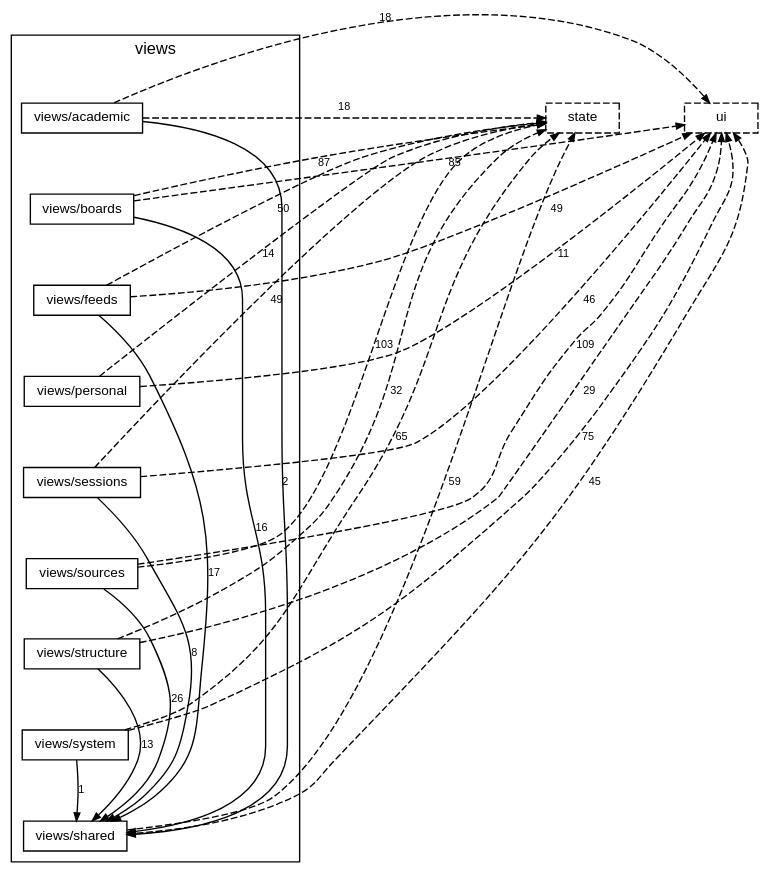
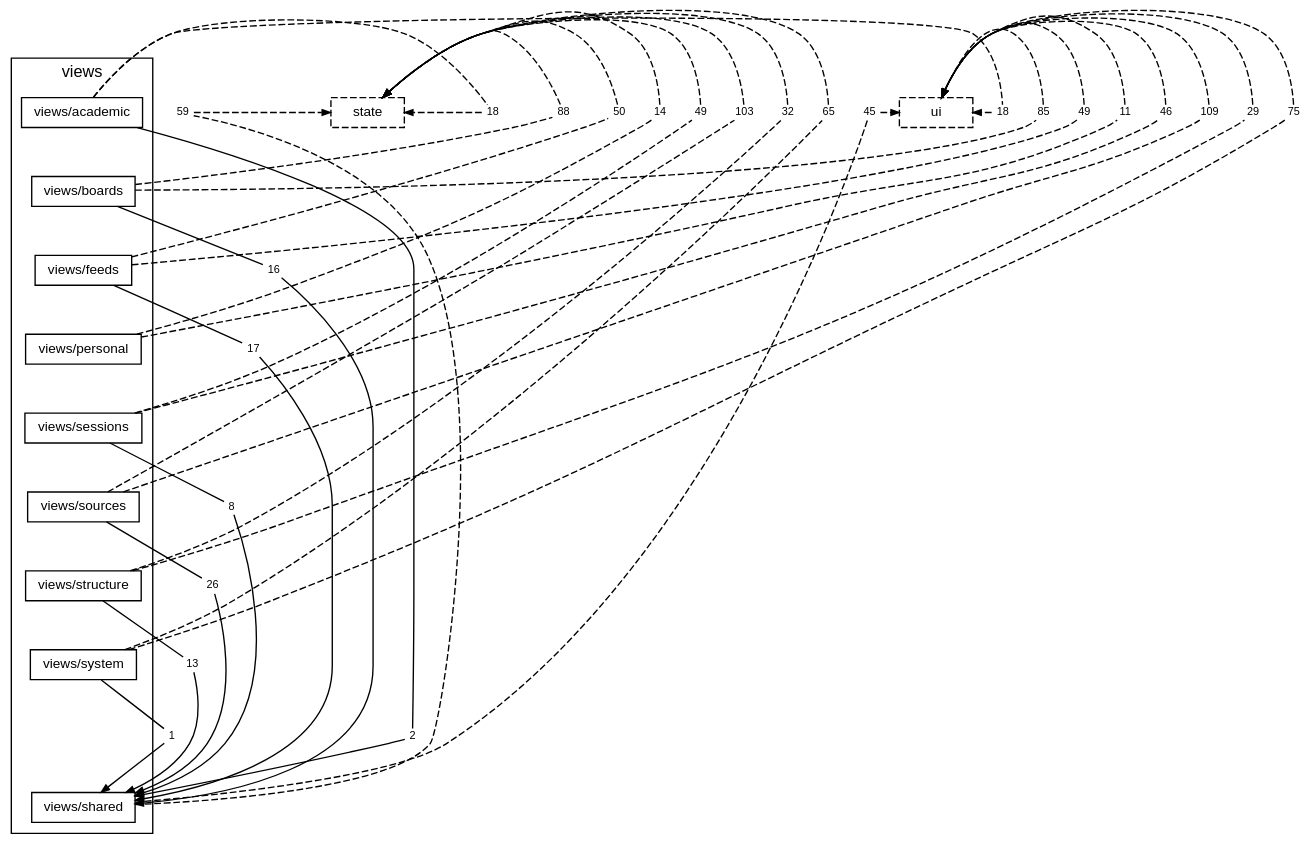
One commit to TheAxeC/oculus changed the diagram in docs/diagrams/layer-views.dot. Above: the diagram before and after it, drawn with Graphviz. The commit also changed 433 other files, not shown here.

```diff
--- a/docs/diagrams/layer-views.dot
+++ b/docs/diagrams/layer-views.dot
@@ -1,52 +1,102 @@
 digraph layer_views {
     graph [bgcolor="transparent", rankdir=TB, newrank=true, fontname="Helvetica,Arial,sans-serif", fontsize=12, nodesep=0.2, ranksep=0.5];
     node [shape=box, color="black", fontcolor="black", fontname="Helvetica,Arial,sans-serif", fontsize=10, height=0.3, margin="0.12,0.04"];
     edge [color="black", fontcolor="black", fontname="Helvetica,Arial,sans-serif", fontsize=8, arrowsize=0.6];
     subgraph "cluster_views" {
         label="views"; style=solid;
         "folder views/academic" [label="views/academic"];
         "folder views/boards" [label="views/boards"];
         "folder views/feeds" [label="views/feeds"];
         "folder views/personal" [label="views/personal"];
         "folder views/sessions" [label="views/sessions"];
         "folder views/sources" [label="views/sources"];
         "folder views/structure" [label="views/structure"];
         "folder views/system" [label="views/system"];
         "folder views/shared" [label="views/shared"];
     }
     "layer state" [label="state", style=dashed];
     "layer ui" [label="ui", style=dashed];
     "folder views/academic" -> "folder views/boards" [style=invis, weight=10];
     "folder views/boards" -> "folder views/feeds" [style=invis, weight=10];
     "folder views/feeds" -> "folder views/personal" [style=invis, weight=10];
     "folder views/personal" -> "folder views/sessions" [style=invis, weight=10];
     "folder views/sessions" -> "folder views/sources" [style=invis, weight=10];
     "folder views/sources" -> "folder views/structure" [style=invis, weight=10];
     "folder views/structure" -> "folder views/system" [style=invis, weight=10];
     "folder views/system" -> "folder views/shared" [style=invis, weight=10];
-    "folder views/academic" -> "folder views/shared" [label="2"];
-    "folder views/academic" -> "layer state" [label="18", style=dashed, constraint=false];
-    "folder views/academic" -> "layer ui" [label="18", style=dashed, constraint=false];
-    "folder views/boards" -> "folder views/shared" [label="16"];
-    "folder views/boards" -> "layer state" [label="87", style=dashed, constraint=false];
-    "folder views/boards" -> "layer ui" [label="85", style=dashed, constraint=false];
-    "folder views/feeds" -> "folder views/shared" [label="17"];
-    "folder views/feeds" -> "layer state" [label="50", style=dashed, constraint=false];
-    "folder views/feeds" -> "layer ui" [label="49", style=dashed, constraint=false];
-    "folder views/personal" -> "layer state" [label="14", style=dashed, constraint=false];
-    "folder views/personal" -> "layer ui" [label="11", style=dashed, constraint=false];
-    "folder views/sessions" -> "folder views/shared" [label="8"];
-    "folder views/sessions" -> "layer state" [label="49", style=dashed, constraint=false];
-    "folder views/sessions" -> "layer ui" [label="46", style=dashed, constraint=false];
-    "folder views/shared" -> "layer state" [label="59", style=dashed, constraint=false];
-    "folder views/shared" -> "layer ui" [label="45", style=dashed, constraint=false];
-    "folder views/sources" -> "folder views/shared" [label="26"];
-    "folder views/sources" -> "layer state" [label="103", style=dashed, constraint=false];
-    "folder views/sources" -> "layer ui" [label="109", style=dashed, constraint=false];
-    "folder views/structure" -> "folder views/shared" [label="13"];
-    "folder views/structure" -> "layer state" [label="32", style=dashed, constraint=false];
-    "folder views/structure" -> "layer ui" [label="29", style=dashed, constraint=false];
-    "folder views/system" -> "folder views/shared" [label="1"];
-    "folder views/system" -> "layer state" [label="65", style=dashed, constraint=false];
-    "folder views/system" -> "layer ui" [label="75", style=dashed, constraint=false];
+    "folder views/academic to folder views/shared" [label="2", shape=box, color="transparent", fontsize=8, width=0, height=0, margin="0.04,0.02"];
+    "folder views/academic" -> "folder views/academic to folder views/shared" [arrowhead=none];
+    "folder views/academic to folder views/shared" -> "folder views/shared" [];
+    "folder views/academic to layer state" [label="18", shape=box, color="transparent", fontsize=8, width=0, height=0, margin="0.04,0.02"];
+    "folder views/academic" -> "folder views/academic to layer state" [arrowhead=none, style=dashed, constraint=false];
+    "folder views/academic to layer state" -> "layer state" [style=dashed, constraint=false];
+    "folder views/academic to layer ui" [label="18", shape=box, color="transparent", fontsize=8, width=0, height=0, margin="0.04,0.02"];
+    "folder views/academic" -> "folder views/academic to layer ui" [arrowhead=none, style=dashed, constraint=false];
+    "folder views/academic to layer ui" -> "layer ui" [style=dashed, constraint=false];
+    "folder views/boards to folder views/shared" [label="16", shape=box, color="transparent", fontsize=8, width=0, height=0, margin="0.04,0.02"];
+    "folder views/boards" -> "folder views/boards to folder views/shared" [arrowhead=none];
+    "folder views/boards to folder views/shared" -> "folder views/shared" [];
+    "folder views/boards to layer state" [label="88", shape=box, color="transparent", fontsize=8, width=0, height=0, margin="0.04,0.02"];
+    "folder views/boards" -> "folder views/boards to layer state" [arrowhead=none, style=dashed, constraint=false];
+    "folder views/boards to layer state" -> "layer state" [style=dashed, constraint=false];
+    "folder views/boards to layer ui" [label="85", shape=box, color="transparent", fontsize=8, width=0, height=0, margin="0.04,0.02"];
+    "folder views/boards" -> "folder views/boards to layer ui" [arrowhead=none, style=dashed, constraint=false];
+    "folder views/boards to layer ui" -> "layer ui" [style=dashed, constraint=false];
+    "folder views/feeds to folder views/shared" [label="17", shape=box, color="transparent", fontsize=8, width=0, height=0, margin="0.04,0.02"];
+    "folder views/feeds" -> "folder views/feeds to folder views/shared" [arrowhead=none];
+    "folder views/feeds to folder views/shared" -> "folder views/shared" [];
+    "folder views/feeds to layer state" [label="50", shape=box, color="transparent", fontsize=8, width=0, height=0, margin="0.04,0.02"];
+    "folder views/feeds" -> "folder views/feeds to layer state" [arrowhead=none, style=dashed, constraint=false];
+    "folder views/feeds to layer state" -> "layer state" [style=dashed, constraint=false];
+    "folder views/feeds to layer ui" [label="49", shape=box, color="transparent", fontsize=8, width=0, height=0, margin="0.04,0.02"];
+    "folder views/feeds" -> "folder views/feeds to layer ui" [arrowhead=none, style=dashed, constraint=false];
+    "folder views/feeds to layer ui" -> "layer ui" [style=dashed, constraint=false];
+    "folder views/personal to layer state" [label="14", shape=box, color="transparent", fontsize=8, width=0, height=0, margin="0.04,0.02"];
+    "folder views/personal" -> "folder views/personal to layer state" [arrowhead=none, style=dashed, constraint=false];
+    "folder views/personal to layer state" -> "layer state" [style=dashed, constraint=false];
+    "folder views/personal to layer ui" [label="11", shape=box, color="transparent", fontsize=8, width=0, height=0, margin="0.04,0.02"];
+    "folder views/personal" -> "folder views/personal to layer ui" [arrowhead=none, style=dashed, constraint=false];
+    "folder views/personal to layer ui" -> "layer ui" [style=dashed, constraint=false];
+    "folder views/sessions to folder views/shared" [label="8", shape=box, color="transparent", fontsize=8, width=0, height=0, margin="0.04,0.02"];
+    "folder views/sessions" -> "folder views/sessions to folder views/shared" [arrowhead=none];
+    "folder views/sessions to folder views/shared" -> "folder views/shared" [];
+    "folder views/sessions to layer state" [label="49", shape=box, color="transparent", fontsize=8, width=0, height=0, margin="0.04,0.02"];
+    "folder views/sessions" -> "folder views/sessions to layer state" [arrowhead=none, style=dashed, constraint=false];
+    "folder views/sessions to layer state" -> "layer state" [style=dashed, constraint=false];
+    "folder views/sessions to layer ui" [label="46", shape=box, color="transparent", fontsize=8, width=0, height=0, margin="0.04,0.02"];
+    "folder views/sessions" -> "folder views/sessions to layer ui" [arrowhead=none, style=dashed, constraint=false];
+    "folder views/sessions to layer ui" -> "layer ui" [style=dashed, constraint=false];
+    "folder views/shared to layer state" [label="59", shape=box, color="transparent", fontsize=8, width=0, height=0, margin="0.04,0.02"];
+    "folder views/shared" -> "folder views/shared to layer state" [arrowhead=none, style=dashed, constraint=false];
+    "folder views/shared to layer state" -> "layer state" [style=dashed, constraint=false];
+    "folder views/shared to layer ui" [label="45", shape=box, color="transparent", fontsize=8, width=0, height=0, margin="0.04,0.02"];
+    "folder views/shared" -> "folder views/shared to layer ui" [arrowhead=none, style=dashed, constraint=false];
+    "folder views/shared to layer ui" -> "layer ui" [style=dashed, constraint=false];
+    "folder views/sources to folder views/shared" [label="26", shape=box, color="transparent", fontsize=8, width=0, height=0, margin="0.04,0.02"];
+    "folder views/sources" -> "folder views/sources to folder views/shared" [arrowhead=none];
+    "folder views/sources to folder views/shared" -> "folder views/shared" [];
+    "folder views/sources to layer state" [label="103", shape=box, color="transparent", fontsize=8, width=0, height=0, margin="0.04,0.02"];
+    "folder views/sources" -> "folder views/sources to layer state" [arrowhead=none, style=dashed, constraint=false];
+    "folder views/sources to layer state" -> "layer state" [style=dashed, constraint=false];
+    "folder views/sources to layer ui" [label="109", shape=box, color="transparent", fontsize=8, width=0, height=0, margin="0.04,0.02"];
+    "folder views/sources" -> "folder views/sources to layer ui" [arrowhead=none, style=dashed, constraint=false];
+    "folder views/sources to layer ui" -> "layer ui" [style=dashed, constraint=false];
+    "folder views/structure to folder views/shared" [label="13", shape=box, color="transparent", fontsize=8, width=0, height=0, margin="0.04,0.02"];
+    "folder views/structure" -> "folder views/structure to folder views/shared" [arrowhead=none];
+    "folder views/structure to folder views/shared" -> "folder views/shared" [];
+    "folder views/structure to layer state" [label="32", shape=box, color="transparent", fontsize=8, width=0, height=0, margin="0.04,0.02"];
+    "folder views/structure" -> "folder views/structure to layer state" [arrowhead=none, style=dashed, constraint=false];
+    "folder views/structure to layer state" -> "layer state" [style=dashed, constraint=false];
+    "folder views/structure to layer ui" [label="29", shape=box, color="transparent", fontsize=8, width=0, height=0, margin="0.04,0.02"];
+    "folder views/structure" -> "folder views/structure to layer ui" [arrowhead=none, style=dashed, constraint=false];
+    "folder views/structure to layer ui" -> "layer ui" [style=dashed, constraint=false];
+    "folder views/system to folder views/shared" [label="1", shape=box, color="transparent", fontsize=8, width=0, height=0, margin="0.04,0.02"];
+    "folder views/system" -> "folder views/system to folder views/shared" [arrowhead=none];
+    "folder views/system to folder views/shared" -> "folder views/shared" [];
+    "folder views/system to layer state" [label="65", shape=box, color="transparent", fontsize=8, width=0, height=0, margin="0.04,0.02"];
+    "folder views/system" -> "folder views/system to layer state" [arrowhead=none, style=dashed, constraint=false];
+    "folder views/system to layer state" -> "layer state" [style=dashed, constraint=false];
+    "folder views/system to layer ui" [label="75", shape=box, color="transparent", fontsize=8, width=0, height=0, margin="0.04,0.02"];
+    "folder views/system" -> "folder views/system to layer ui" [arrowhead=none, style=dashed, constraint=false];
+    "folder views/system to layer ui" -> "layer ui" [style=dashed, constraint=false];
 }
```
